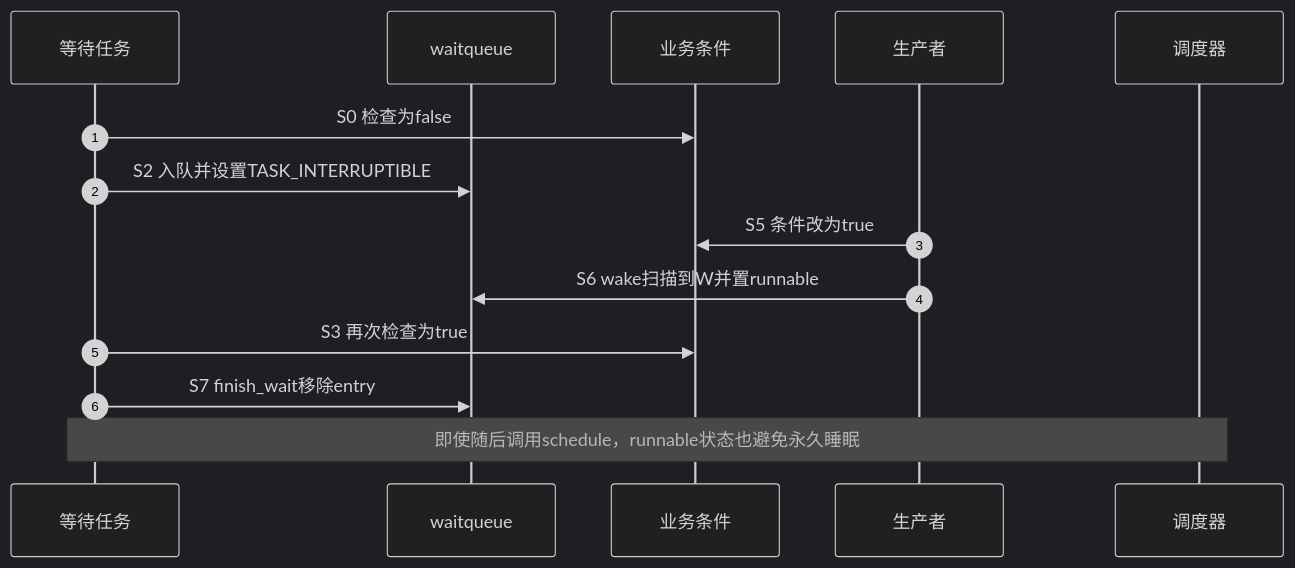
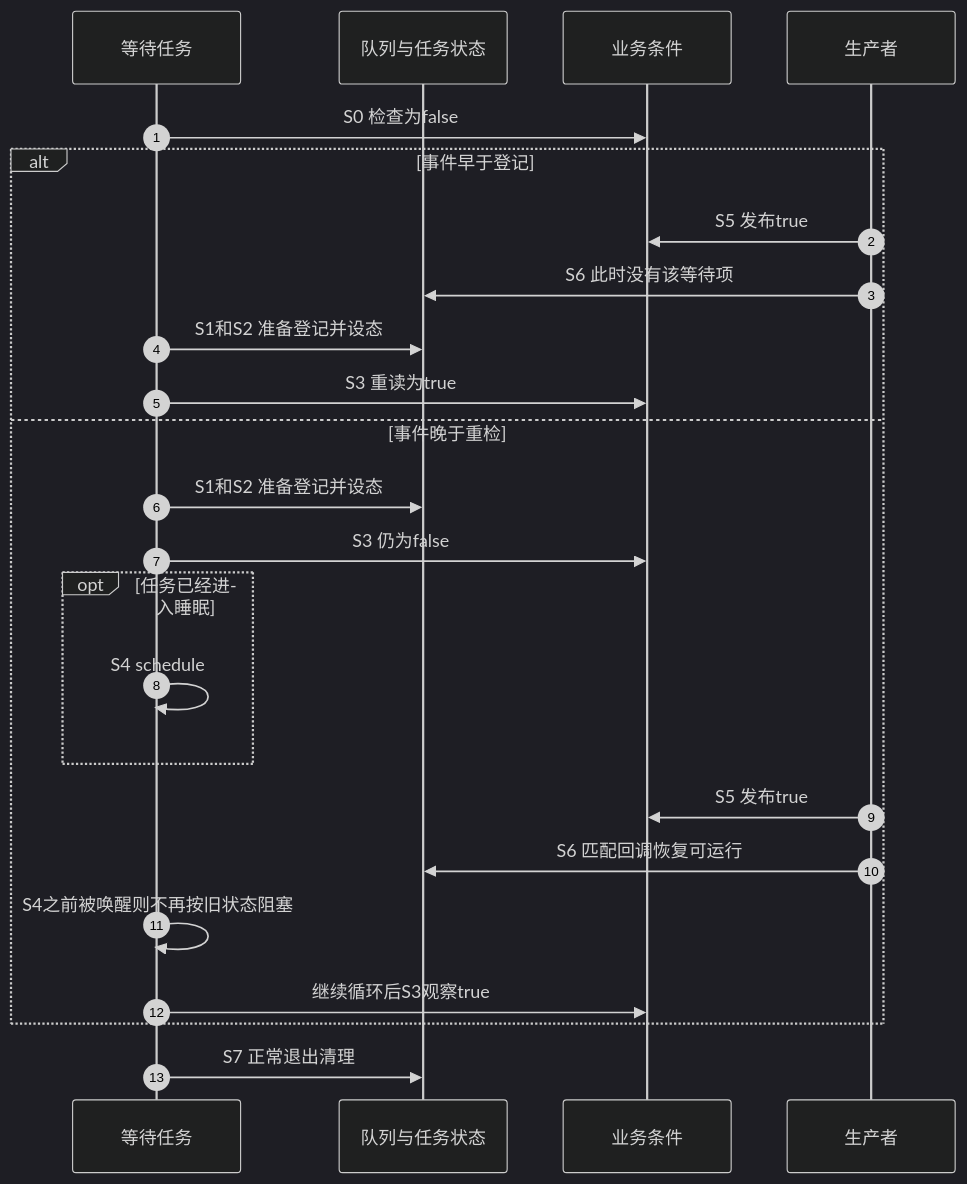
One commit to FormingSystem/linux_note changed the second of 2 diagrams in knowledge/linux/synchronization_and_asynchrony/synchronization/waiting_notification/P03_条件等待的统一状态机.md. Above: the diagram before and after it, drawn with Mermaid (dark theme). The commit also changed other lines of this file and 7 other files, not shown here.

````diff
--- a/knowledge/linux/synchronization_and_asynchrony/synchronization/waiting_notification/P03_条件等待的统一状态机.md
+++ b/knowledge/linux/synchronization_and_asynchrony/synchronization/waiting_notification/P03_条件等待的统一状态机.md
@@ -58,17 +75,26 @@
 ```mermaid
 sequenceDiagram
     autonumber
     participant W as 等待任务
-    participant Q as waitqueue
+    participant Q as 队列与任务状态
     participant C as 业务条件
     participant P as 生产者
-    participant S as 调度器
-
     W->>C: S0 检查为false
-    W->>Q: S2 入队并设置TASK_INTERRUPTIBLE
-    P->>C: S5 条件改为true
-    P->>Q: S6 wake扫描到W并置runnable
-    W->>C: S3 再次检查为true
-    W->>Q: S7 finish_wait移除entry
-    Note over W,S: 即使随后调用schedule，runnable状态也避免永久睡眠
+    alt 事件早于登记
+        P->>C: S5 发布true
+        P->>Q: S6 此时没有该等待项
+        W->>Q: S1和S2 准备登记并设态
+        W->>C: S3 重读为true
+    else 事件晚于重检
+        W->>Q: S1和S2 准备登记并设态
+        W->>C: S3 仍为false
+        opt 任务已经进入睡眠
+            W->>W: S4 schedule
+        end
+        P->>C: S5 发布true
+        P->>Q: S6 匹配回调恢复可运行
+        W->>W: S4之前被唤醒则不再按旧状态阻塞
+        W->>C: 继续循环后S3观察true
+    end
+    W->>Q: S7 正常退出清理
 ```
````
